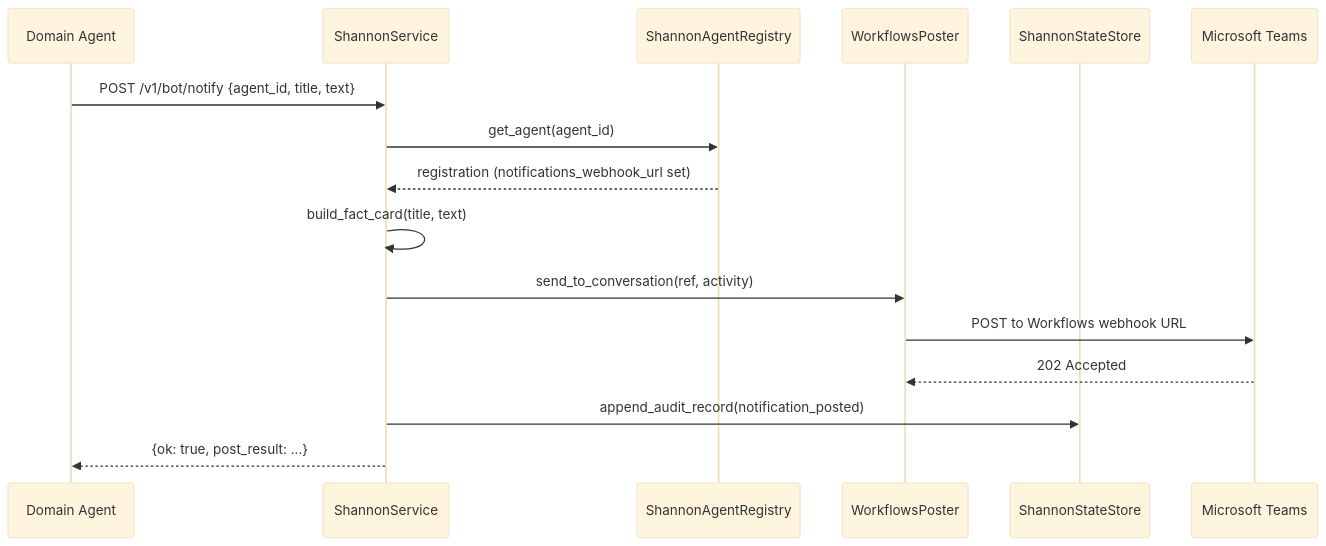
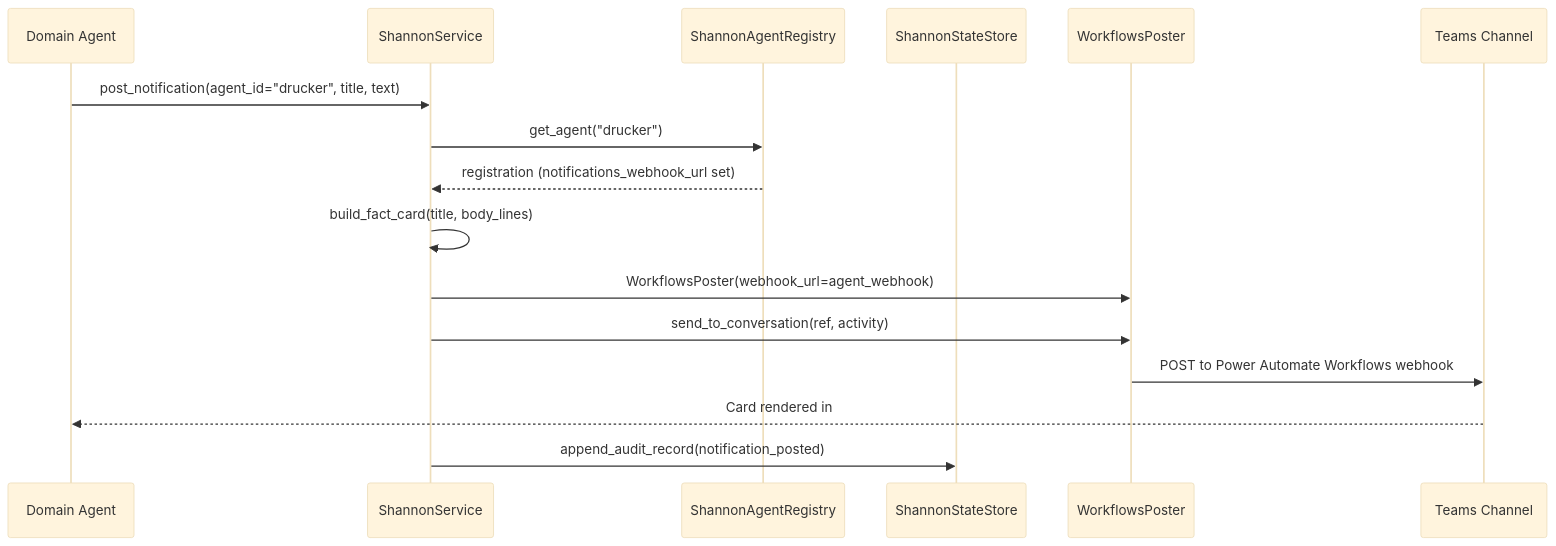
One commit to jmac-cornelis/agent-workforce changed the third of 4 diagrams in docs/agents-shannon.md. Above: the diagram before and after it, drawn with Mermaid (base theme). The commit also changed other lines of this file and 8 other files, not shown here.

````diff
--- a/docs/agents-shannon.md
+++ b/docs/agents-shannon.md
@@ -120,19 +134,19 @@
 ```mermaid
 sequenceDiagram
-    participant AGENT as Domain Agent
+    participant A as Domain Agent
     participant SVC as ShannonService
-    participant SREG as ShannonAgentRegistry
-    participant POSTER as WorkflowsPoster
-    participant STATE as ShannonStateStore
-    participant T as Microsoft Teams
+    participant REG as ShannonAgentRegistry
+    participant SS as ShannonStateStore
+    participant WP as WorkflowsPoster
+    participant T as Teams Channel
 
-    AGENT->>SVC: POST /v1/bot/notify {agent_id, title, text}
-    SVC->>SREG: get_agent(agent_id)
-    SREG-->>SVC: registration (notifications_webhook_url set)
-    SVC->>SVC: build_fact_card(title, text)
-    SVC->>POSTER: send_to_conversation(ref, activity)
-    POSTER->>T: POST to Workflows webhook URL
-    T-->>POSTER: 202 Accepted
-    SVC->>STATE: append_audit_record(notification_posted)
-    SVC-->>AGENT: {ok: true, post_result: ...}
+    A->>SVC: post_notification(agent_id="drucker", title, text)
+    SVC->>REG: get_agent("drucker")
+    REG-->>SVC: registration (notifications_webhook_url set)
+    SVC->>SVC: build_fact_card(title, body_lines)
+    SVC->>WP: WorkflowsPoster(webhook_url=agent_webhook)
+    SVC->>WP: send_to_conversation(ref, activity)
+    WP->>T: POST to Power Automate Workflows webhook
+    T-->>A: Card rendered in #agent-drucker
+    SVC->>SS: append_audit_record(notification_posted)
 ```
````
